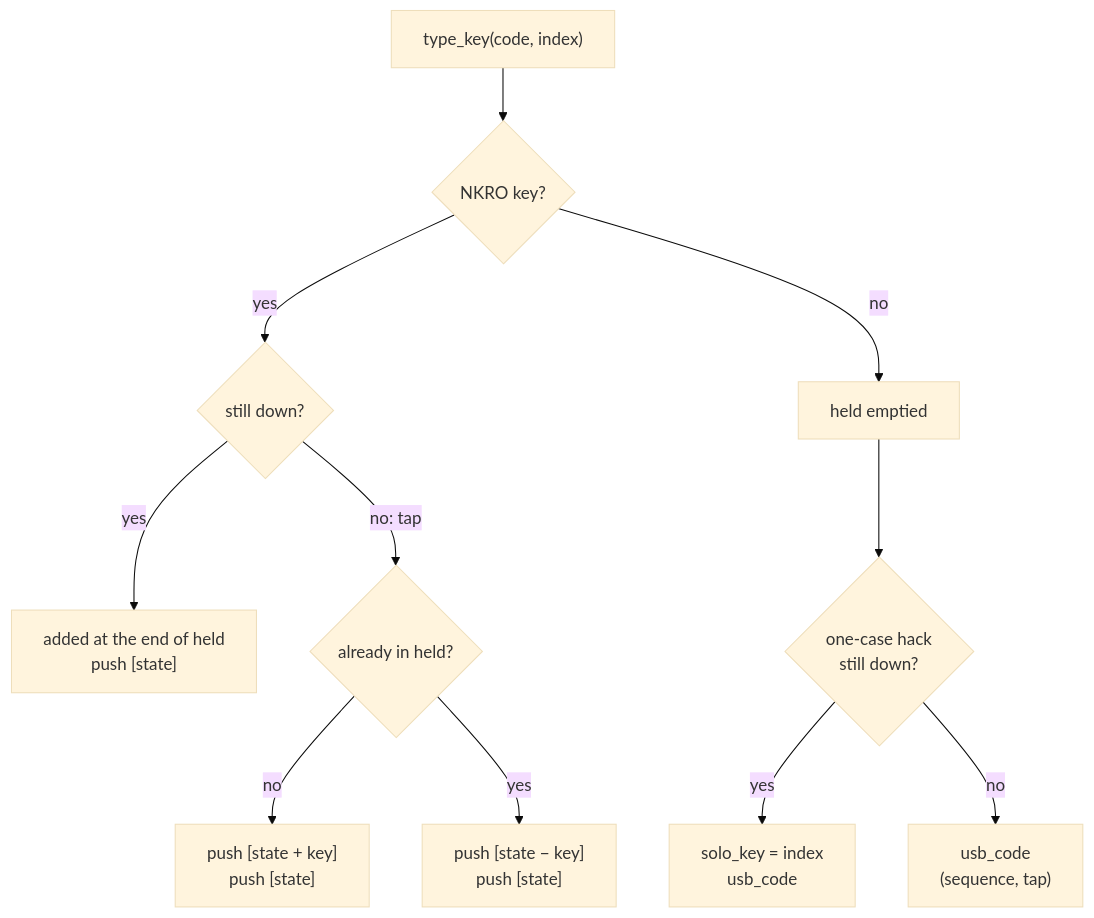
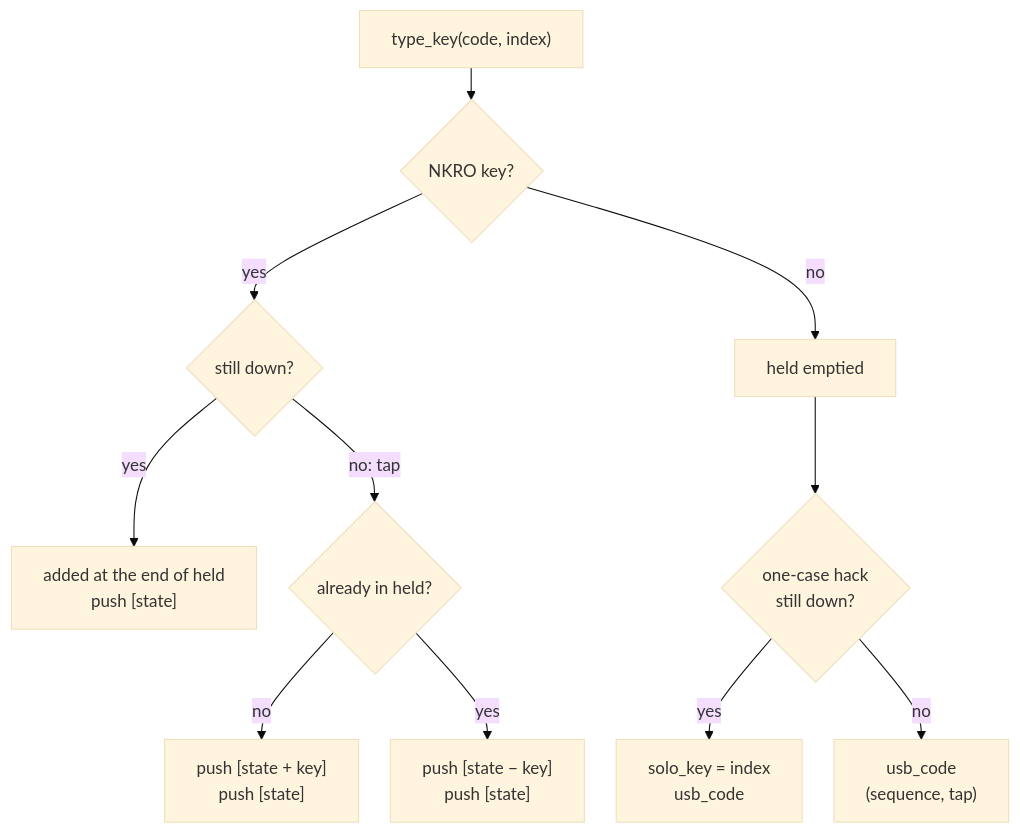
The first of 5 diagrams in docs/REPORTS.md (flinguenheld/rusty_chew), drawn with Mermaid (base theme) before and after one commit. The commit also changed other lines of this file and 2 other files, not shown here.

````diff
--- a/docs/REPORTS.md
+++ b/docs/REPORTS.md
@@ -119,13 +125,14 @@
 ```mermaid
+%%{init: {"flowchart": {"nodeSpacing": 30, "rankSpacing": 30}}}%%
 flowchart TD
     K["type_key(code, index)"] --> N{"NKRO key?"}
     N -- yes --> D{"still down?"}
     D -- yes --> H["added at the end of held<br>push [state]"]
     D -- "no: tap" --> T{"already in held?"}
     T -- no --> T1["push [state + key]<br>push [state]"]
     T -- yes --> T2["push [state − key]<br>push [state]"]
     N -- no --> E["held emptied"]
     E --> S{"one-case hack<br>still down?"}
     S -- yes --> S1["solo_key = index<br>usb_code"]
     S -- no --> S2["usb_code<br>(sequence, tap)"]
 ```
````
